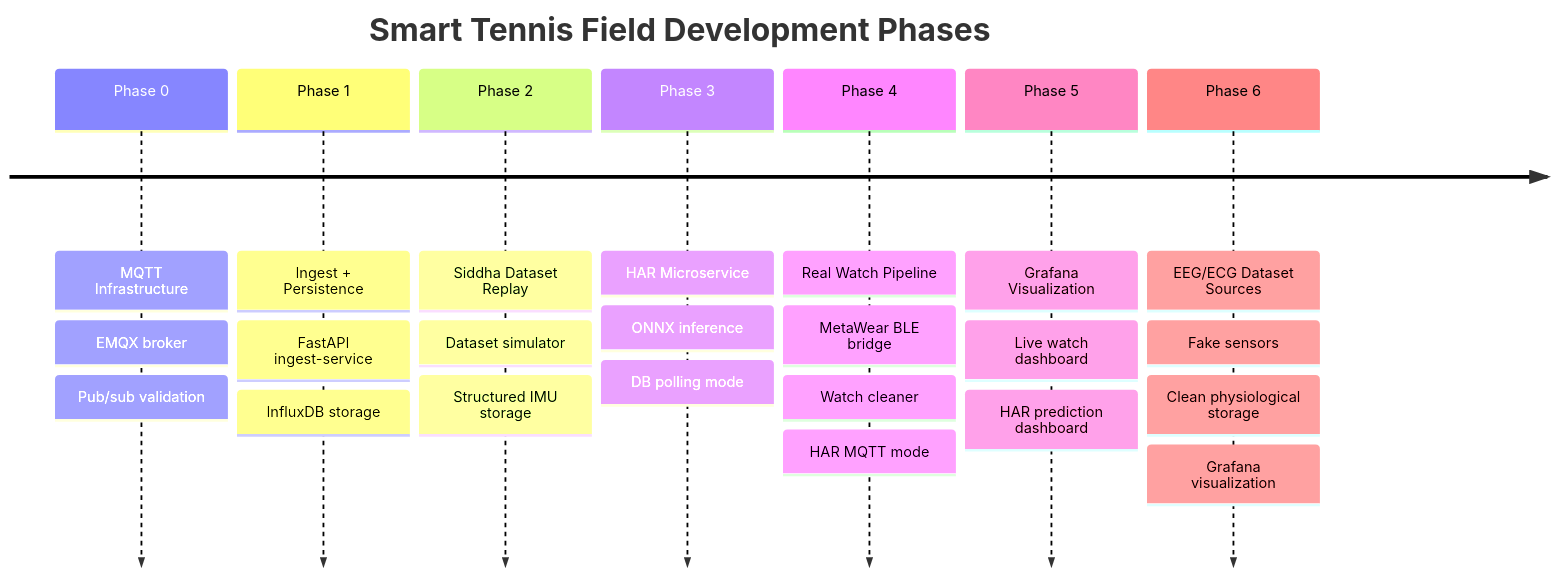
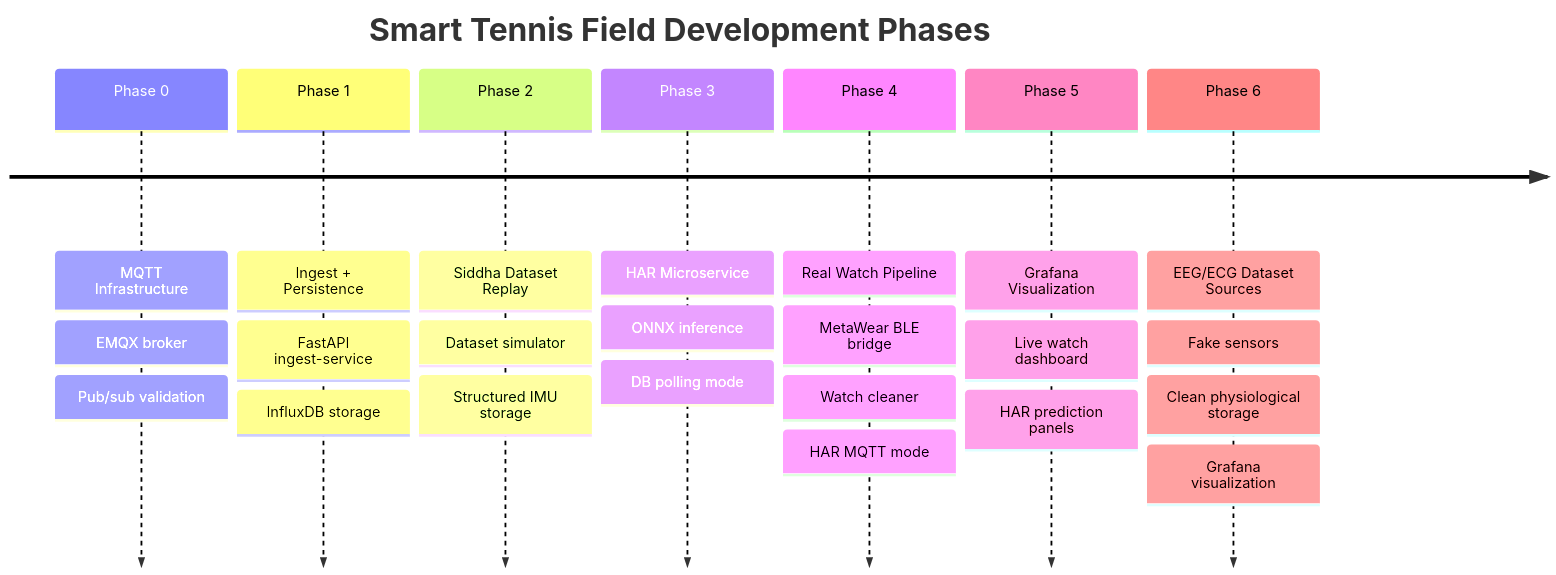
The first of 9 diagrams in docs/Phases.md (Aramushaa/Smart-Tennis-Field), drawn with Mermaid before and after one commit. The commit also changed other lines of this file and 4 other files, not shown here.

````diff
--- a/docs/Phases.md
+++ b/docs/Phases.md
@@ -22,34 +22,34 @@
 ```mermaid
 timeline
     title Smart Tennis Field Development Phases
 
     Phase 0 : MQTT Infrastructure
             : EMQX broker
             : Pub/sub validation
 
     Phase 1 : Ingest + Persistence
             : FastAPI ingest-service
             : InfluxDB storage
 
     Phase 2 : Siddha Dataset Replay
             : Dataset simulator
             : Structured IMU storage
 
     Phase 3 : HAR Microservice
             : ONNX inference
             : DB polling mode
 
     Phase 4 : Real Watch Pipeline
             : MetaWear BLE bridge
             : Watch cleaner
             : HAR MQTT mode
 
     Phase 5 : Grafana Visualization
             : Live watch dashboard
-            : HAR prediction dashboard
+            : HAR prediction panels
 
     Phase 6 : EEG/ECG Dataset Sources
             : Fake sensors
             : Clean physiological storage
             : Grafana visualization
 ```
````
